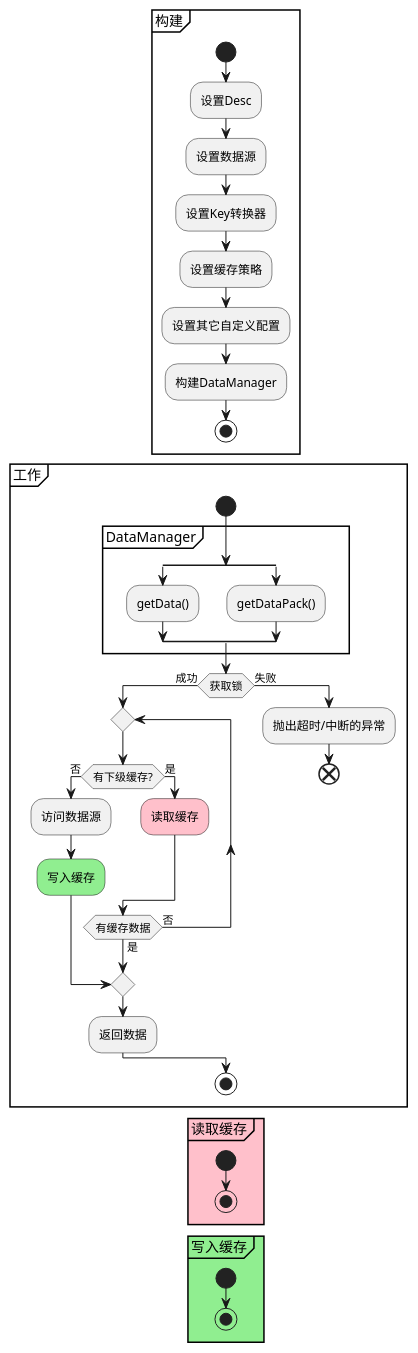
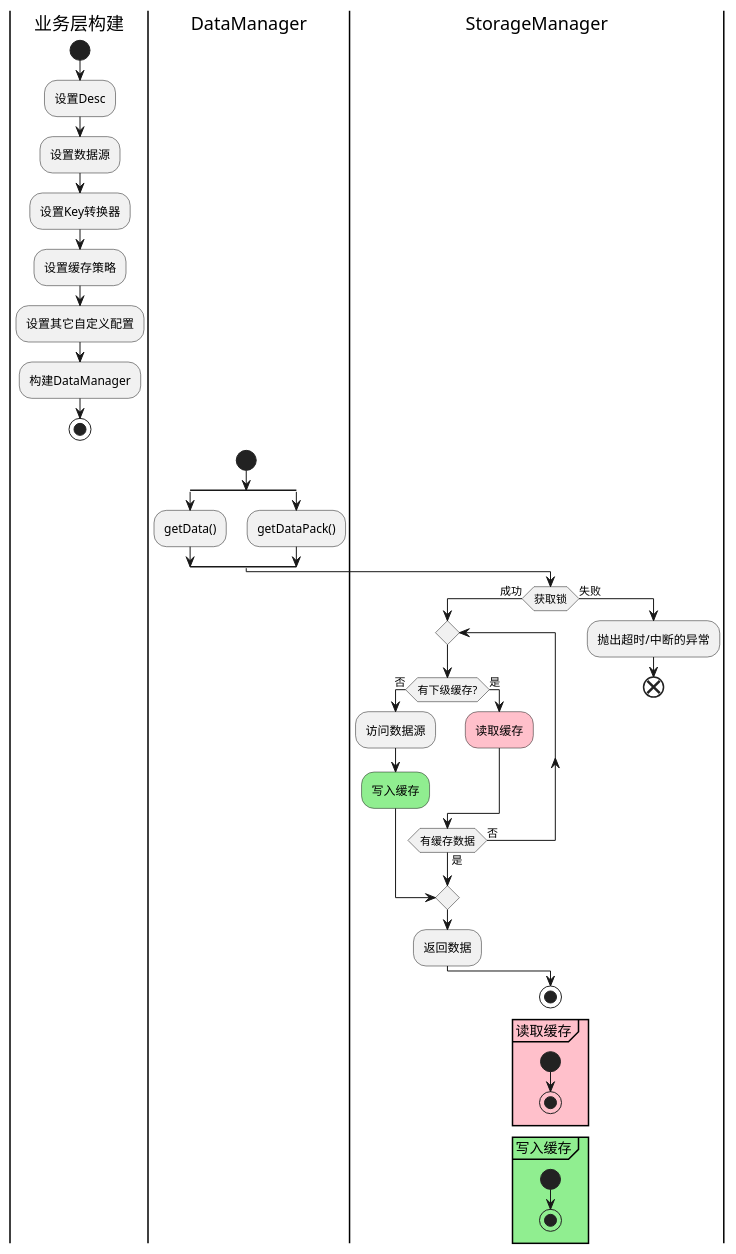
Before and after one commit to Soybeany/bd-cachev2: the diagram in src/main/resources/uml/工作流程图.puml, drawn with PlantUML.

Commit message:
uml图引入泳道

```diff
--- a/src/main/resources/uml/工作流程图.puml
+++ b/src/main/resources/uml/工作流程图.puml
@@ -1,54 +1,53 @@
 @startuml
 'https://plantuml.com/activity-diagram-beta
 
-group 构建
+|业务层构建|
 start
 :设置Desc;
 :设置数据源;
 :设置Key转换器;
 :设置缓存策略;
 :设置其它自定义配置;
 :构建DataManager;
 stop
-end group
 
-group 工作
+|DataManager|
 start
-group DataManager
 split
     :getData();
 split again
     :getDataPack();
 end split
-end group
 
+|StorageManager|
 if(获取锁) is(成功) then
     repeat
         if (有下级缓存?) is (否) then
             :访问数据源;
             #lightgreen:写入缓存;
             break
         else (是)
             #pink:读取缓存;
         endif
     repeat while (有缓存数据) is (否) not (是)
     :返回数据;
 else (失败)
     :抛出超时/中断的异常;
     end
 end if
 
 stop
-end group
 
+|StorageManager|
 group 读取缓存 #pink
 start
 stop
 end group
 
+|StorageManager|
 group 写入缓存 #lightgreen
 start
 stop
 end group
 
 @enduml
```
